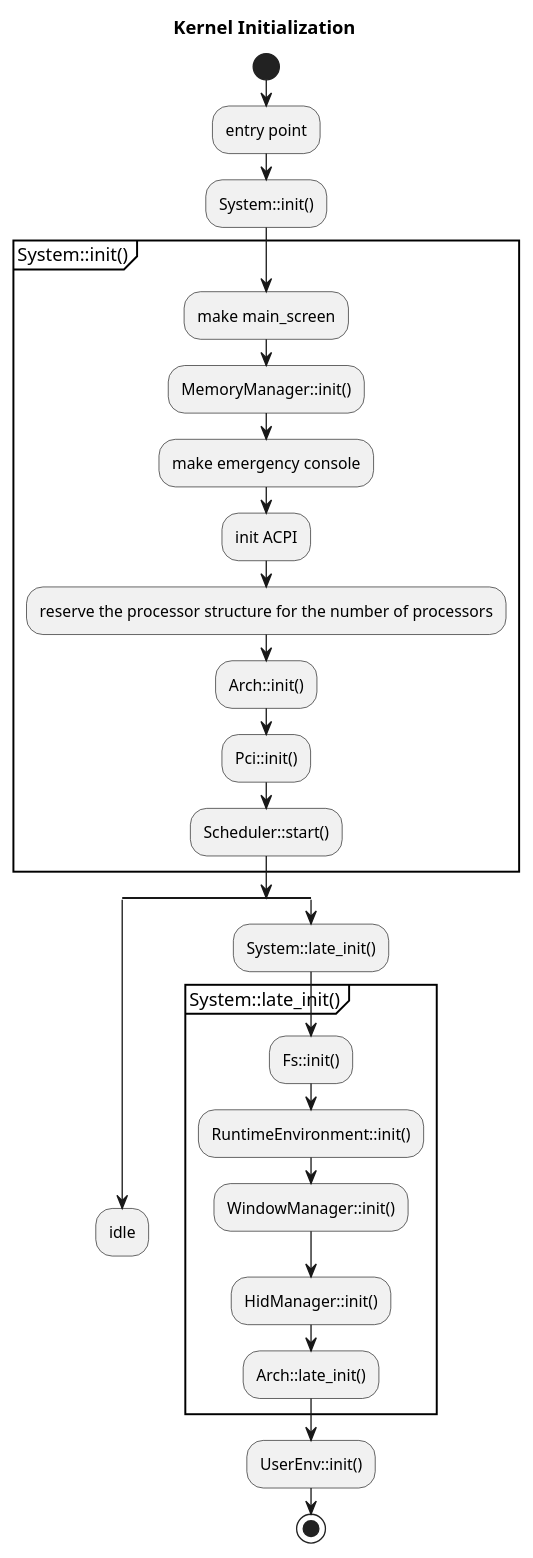
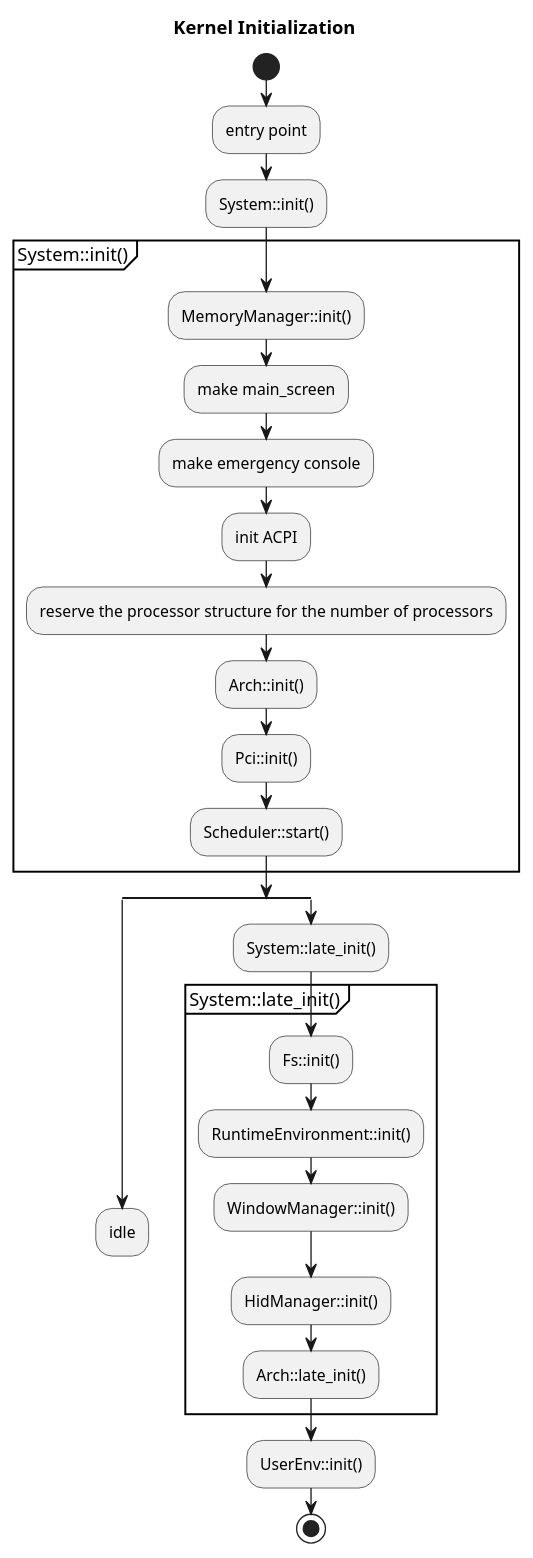
The second of 2 diagrams in ARCHITECTURE.md (neri/maystorm), drawn with PlantUML before and after one commit. The commit also changed other lines of this file and 8 other files, not shown here.

````diff
--- a/ARCHITECTURE.md
+++ b/ARCHITECTURE.md
@@ -44,34 +92,34 @@
 ``` plantuml
 @startuml
 title Kernel Initialization
 start
 :entry point;
 :System::init();
 partition System::init() {
+    :MemoryManager::init();
     :make main_screen;
-    :MemoryManager::init();
     :make emergency console;
     :init ACPI;
     :reserve the processor structure for the number of processors;
     :Arch::init();
     :Pci::init();
     :Scheduler::start();
 }
 split 
     :idle;
     detach
 split again
     :System::late_init();
     partition System::late_init() {
         :Fs::init();
         :RuntimeEnvironment::init();
         :WindowManager::init();
         :HidManager::init();
         :Arch::late_init();
     }
     :UserEnv::init();
     stop
 end split
 
 @enduml
 ```
````
